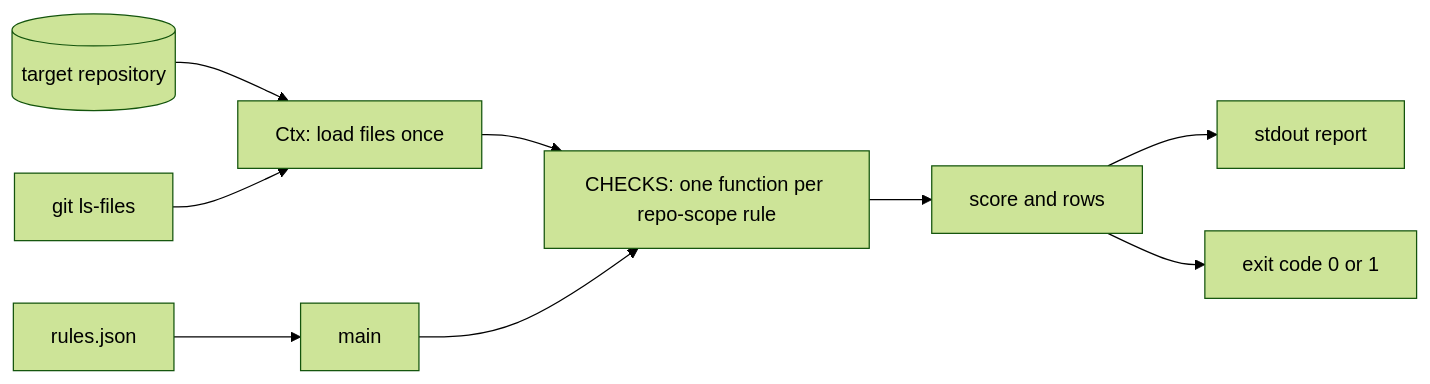
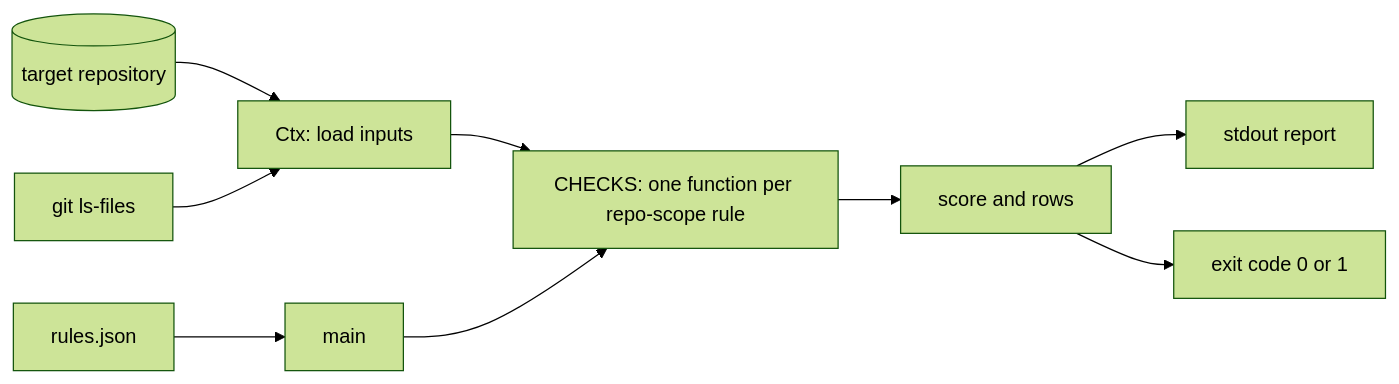
The diagram in docs/ARCHITECTURE.md (netresearch/typo3-site-conformance-skill), drawn with Mermaid (forest theme) before and after one commit. The commit also changed other lines of this file and 2 other files, not shown here.

Commit message:
docs: correct the loading diagram, the tests comment and review scope
The data-flow diagram still labelled the context "load files once",
which step 2 of the same document no longer claims; it is now "load
inputs", and the re-read list names compose.yaml, the only Compose
file checks read again. The tests workflow comment said the reusable
counts every file under skills/*/checker/; it counts the script files
there (check.py, gen_rules.py). The README now scopes the CodeRabbit
and Copilot reviews to non-draft pull requests to main, as the
Copilot ruleset and CodeRabbit's draft handling do.

Agent-Session: https://claude.ai/code/session_012wvC6mH5CGkQr6HUcoUX2J
Agent-Host: 0493f0

````diff
--- a/docs/ARCHITECTURE.md
+++ b/docs/ARCHITECTURE.md
@@ -29,11 +29,11 @@
 ```mermaid
 flowchart LR
     R[rules.json] --> M[main]
-    T[(target repository)] --> C[Ctx: load files once]
+    T[(target repository)] --> C[Ctx: load inputs]
     G[git ls-files] --> C
     C --> K[CHECKS: one function per repo-scope rule]
     M --> K
     K --> S[score and rows]
     S --> O[stdout report]
     S --> E[exit code 0 or 1]
 ```
````
